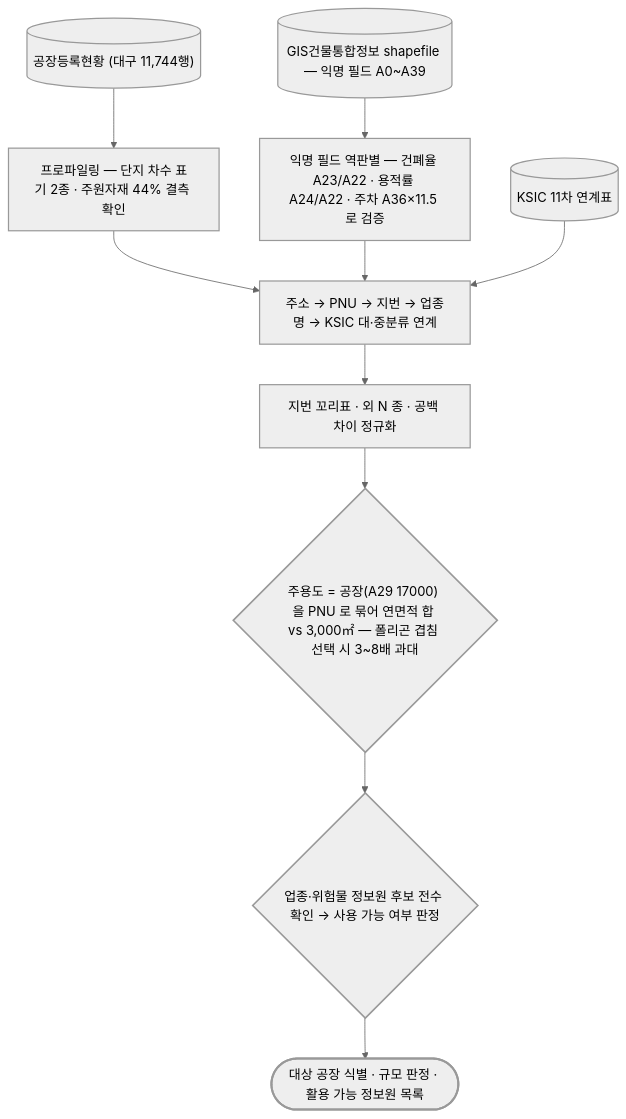
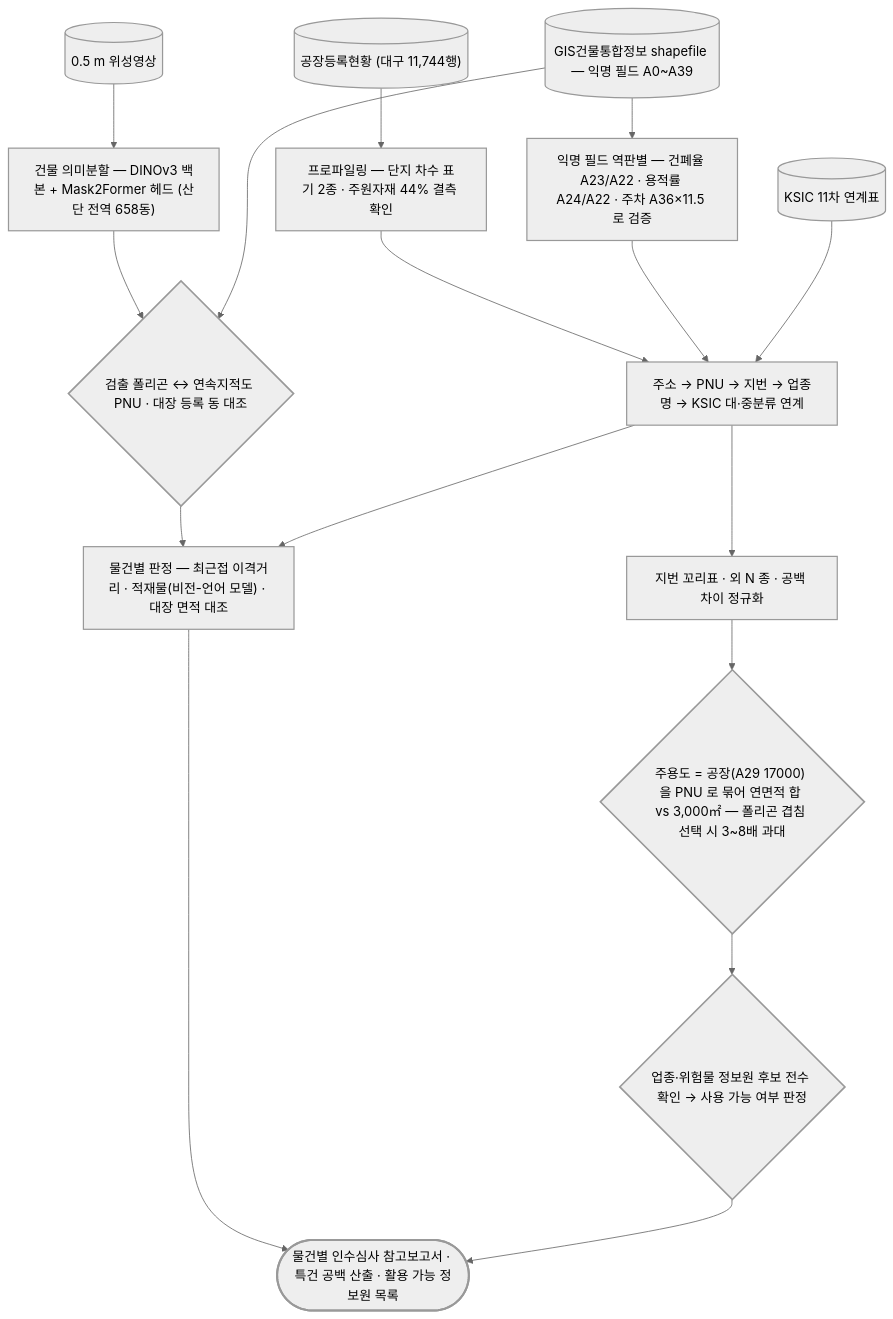
Before and after one commit to Hyunjin-Shin00/sar-eo-analysis: the diagram in applications/underwriting/README.md, drawn with Mermaid (neutral theme).

Commit message:
Describe the whole underwriting system, detection model included
The project page and this module's flowchart stopped at the data linkage and
left the detection out. Both now cover the full pipeline: segmentation from
0.5 m imagery with a DINOv3 backbone and a Mask2Former head, matching the
658 detected footprints against cadastral parcels and the building register,
and the per-property verdict on separation distance, stored materials and
area against the register.

The model and its code live on the processing server and are not in this
commit; _build/kwater_prompt_building.md is the request that will bring them
over.

````diff
--- a/applications/underwriting/README.md
+++ b/applications/underwriting/README.md
@@ -7,36 +7,50 @@
 ```mermaid
 flowchart TD
     classDef data stroke-width:1.5px
     classDef proc stroke-width:1.5px
     classDef dec stroke-width:2px
     classDef out stroke-width:2.5px
+    img[("0.5 m 위성영상")]
+    seg["건물 의미분할 — DINOv3 백본 + Mask2Former 헤드 (산단 전역 658동)"]
+    match{"검출 폴리곤 ↔ 연속지적도 PNU · 대장 등록 동 대조"}
+    verdict["물건별 판정 — 최근접 이격거리 · 적재물(비전-언어 모델) · 대장 면적 대조"]
     fac[("공장등록현황 (대구 11,744행)")]
     bld[("GIS건물통합정보 shapefile — 익명 필드 A0~A39")]
     ksic[("KSIC 11차 연계표")]
     prof["프로파일링 — 단지 차수 표기 2종 · 주원자재 44% 결측 확인"]
     rev["익명 필드 역판별 — 건폐율 A23/A22 · 용적률 A24/A22 · 주차 A36×11.5 로 검증"]
     link["주소 → PNU → 지번 → 업종명 → KSIC 대·중분류 연계"]
     norm["지번 꼬리표 · 외 N 종 · 공백 차이 정규화"]
     pnu{"주용도 = 공장(A29 17000) 을 PNU 로 묶어 연면적 합 vs 3,000㎡ — 폴리곤 겹침 선택 시 3~8배 과대"}
     src{"업종·위험물 정보원 후보 전수 확인 → 사용 가능 여부 판정"}
-    out(["대상 공장 식별 · 규모 판정 · 활용 가능 정보원 목록"])
+    out(["물건별 인수심사 참고보고서 · 특건 공백 산출 · 활용 가능 정보원 목록"])
+    img --> seg
+    seg --> match
+    bld --> match
+    match --> verdict
     fac --> prof
     bld --> rev
     prof --> link
     rev --> link
     ksic --> link
     link --> norm
     norm --> pnu
     pnu --> src
+    link --> verdict
+    verdict --> out
     src --> out
+    class img data
+    class seg proc
+    class match dec
+    class verdict proc
     class fac data
     class bld data
     class ksic data
     class prof proc
     class rev proc
     class link proc
     class norm proc
     class pnu dec
     class src dec
     class out out
 ```
````
